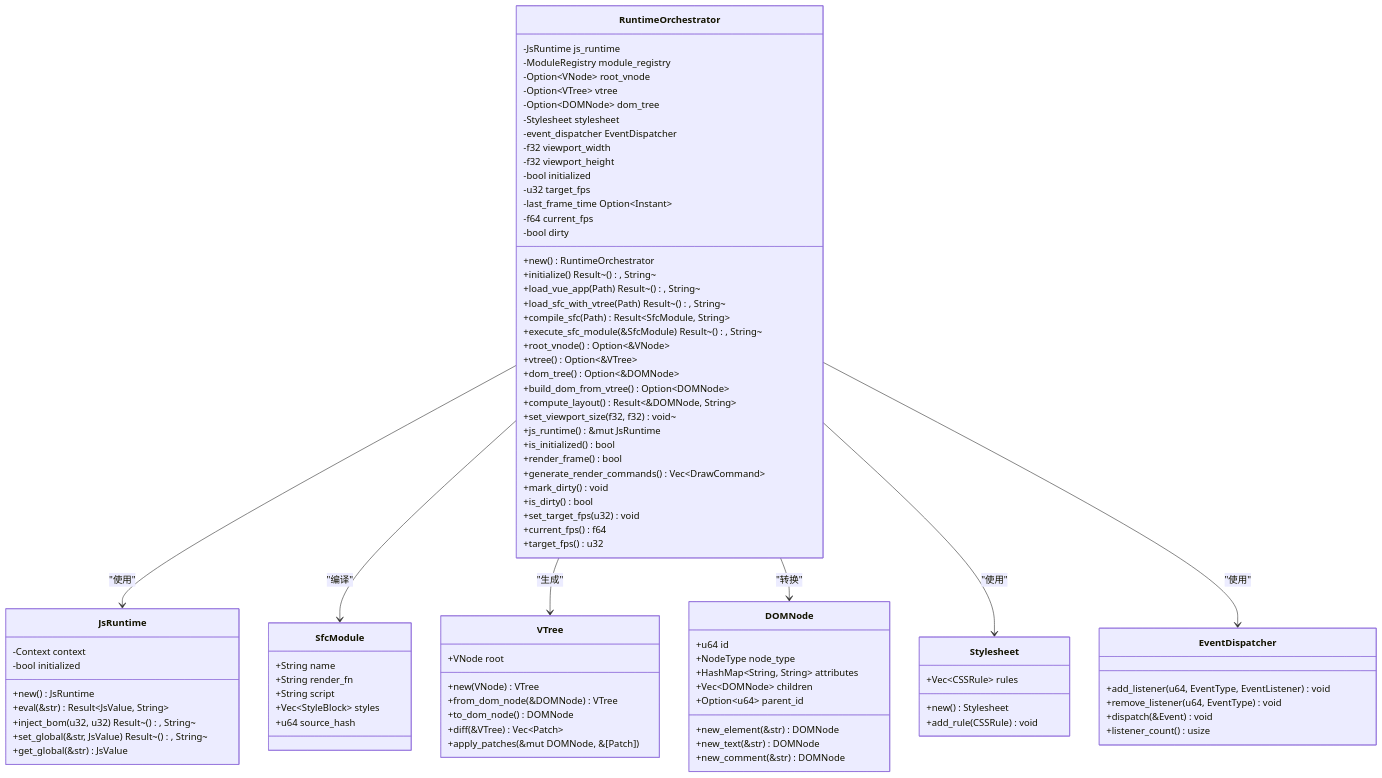
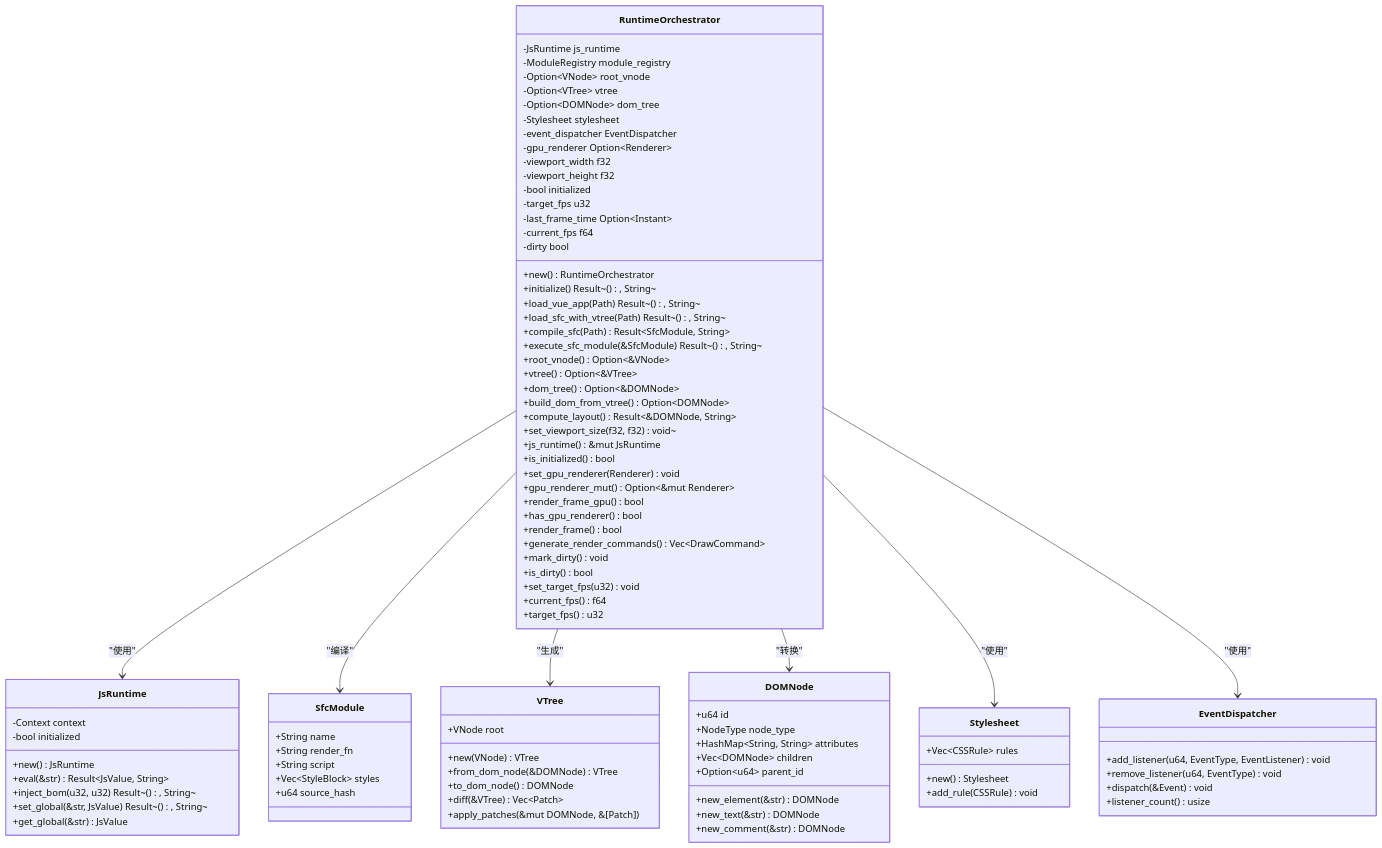
One commit to itszzl-sudo/iris changed the second of 15 diagrams in .qoder/repowiki/zh/content/技术架构详解/整体架构设计/Iris运行时协调器.md. Above: the diagram before and after it, drawn with Mermaid. The commit also changed other lines of this file and 9 other files, not shown here.

```diff
--- a/.qoder/repowiki/zh/content/技术架构详解/整体架构设计/Iris运行时协调器.md
+++ b/.qoder/repowiki/zh/content/技术架构详解/整体架构设计/Iris运行时协调器.md
@@ -113,13 +122,14 @@
 -Option~DOMNode~ dom_tree
 -Stylesheet stylesheet
 -event_dispatcher EventDispatcher
--f32 viewport_width
--f32 viewport_height
+-gpu_renderer Option~Renderer~
+-viewport_width f32
+-viewport_height f32
 -bool initialized
--u32 target_fps
+-target_fps u32
 -last_frame_time Option~Instant~
--f64 current_fps
--bool dirty
+-current_fps f64
+-dirty bool
 +new() RuntimeOrchestrator
 +initialize() Result~(), String~
 +load_vue_app(Path) Result~(), String~
@@ -134,6 +144,10 @@
 +set_viewport_size(f32, f32) void~
 +js_runtime() &mut JsRuntime
 +is_initialized() bool
++set_gpu_renderer(Renderer) void
++gpu_renderer_mut() Option~&mut Renderer~
++render_frame_gpu() bool
++has_gpu_renderer() bool
 +render_frame() bool
 +generate_render_commands() Vec~DrawCommand~
 +mark_dirty() void
```
